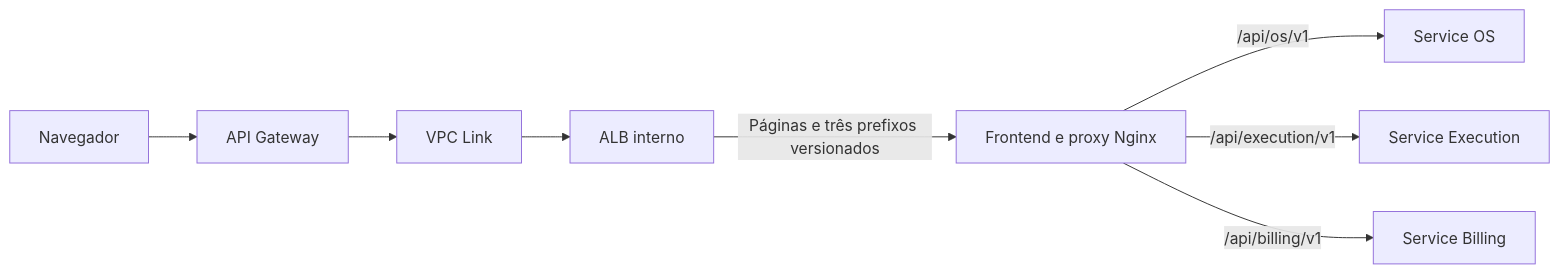
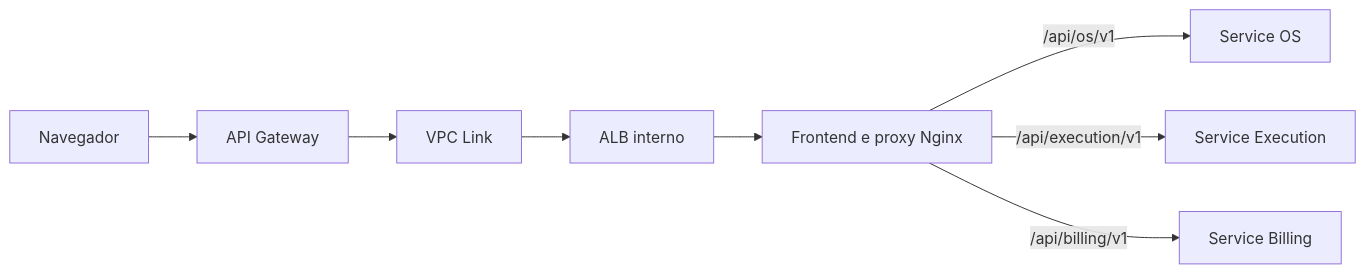
The second of 3 diagrams in docs/arquitetura/README.md (Maieru/fiap-tech-challenge), drawn with Mermaid before and after one commit. The commit also changed other lines of this file and 80 other files, not shown here.

````diff
--- a/docs/arquitetura/README.md
+++ b/docs/arquitetura/README.md
@@ -40,10 +25,10 @@
 ```mermaid
 flowchart LR
     Navegador --> Gateway[API Gateway]
     Gateway --> Link[VPC Link]
     Link --> ALB[ALB interno]
-    ALB -->|Páginas e três prefixos versionados| Nginx[Frontend e proxy Nginx]
+    ALB --> Nginx[Frontend e proxy Nginx]
     Nginx -->|/api/os/v1| OS[Service OS]
     Nginx -->|/api/execution/v1| Execution[Service Execution]
     Nginx -->|/api/billing/v1| Billing[Service Billing]
 ```
````
